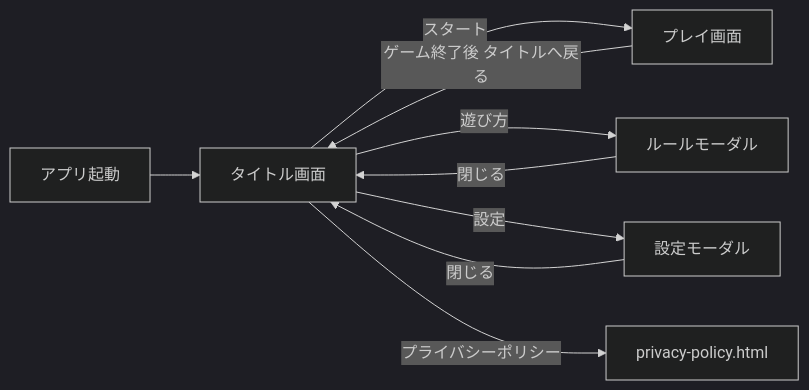
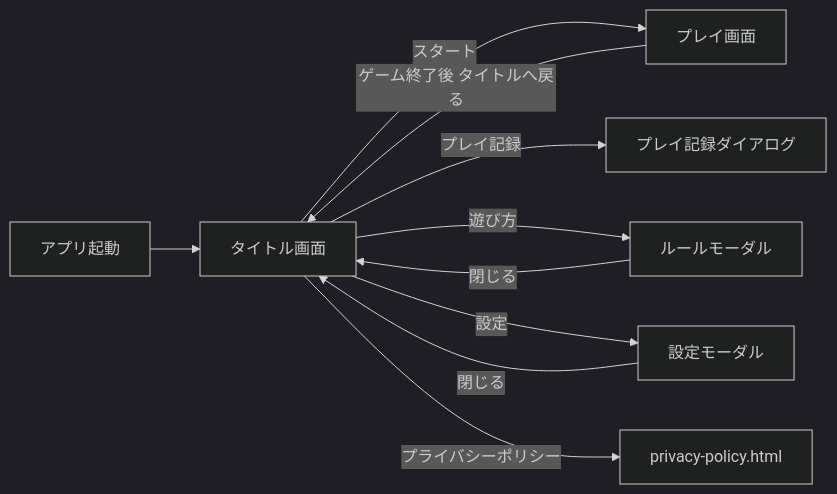
Before and after one commit to iretdx-hiroto-ishii/MEMORY_GAME: the diagram in docs/design/title-screen.md, drawn with Mermaid (dark theme). The commit also changed other lines of this file and 7 other files, not shown here.

````diff
--- a/docs/design/title-screen.md
+++ b/docs/design/title-screen.md
@@ -59,11 +59,12 @@
 ```mermaid
 flowchart LR
   A[アプリ起動] --> B[タイトル画面]
   B -->|スタート| C[プレイ画面]
+  B -->|プレイ記録| G[プレイ記録ダイアログ]
   B -->|遊び方| D[ルールモーダル]
   D -->|閉じる| B
   B -->|設定| E[設定モーダル]
   E -->|閉じる| B
   B -->|プライバシーポリシー| F[privacy-policy.html]
   C -->|ゲーム終了後 タイトルへ戻る| B
 ```
````
